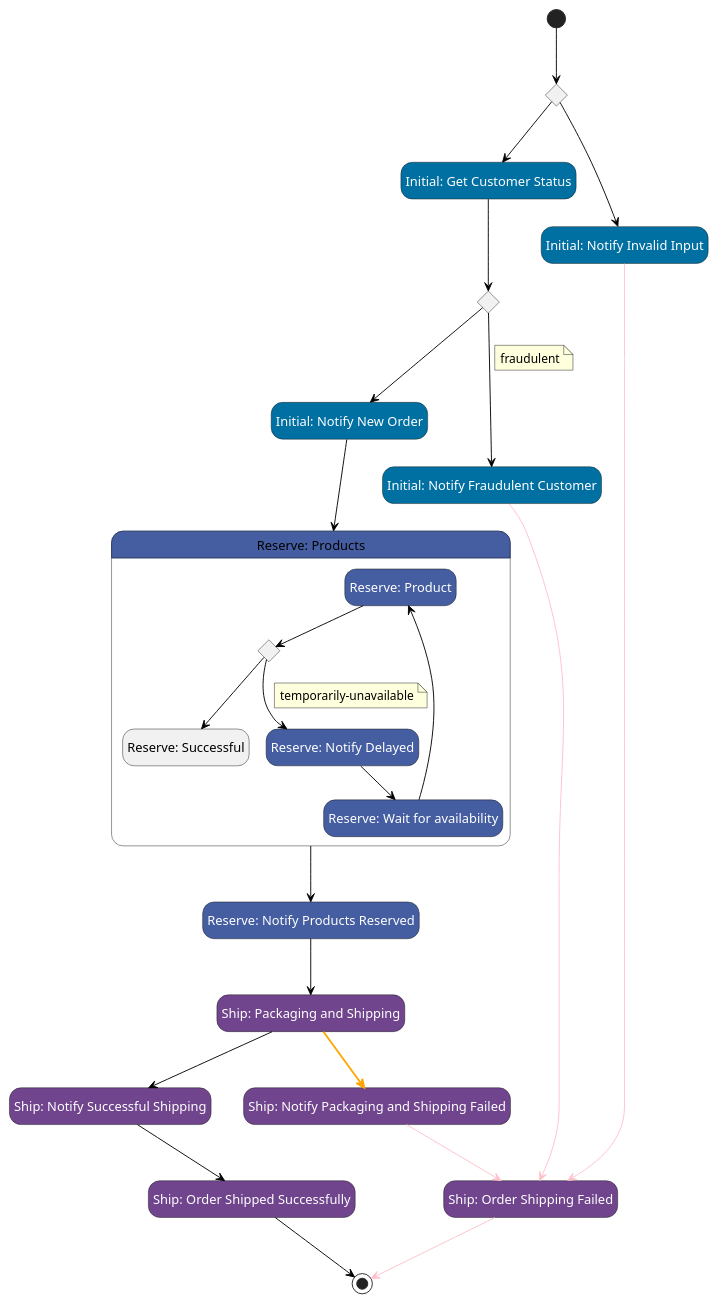
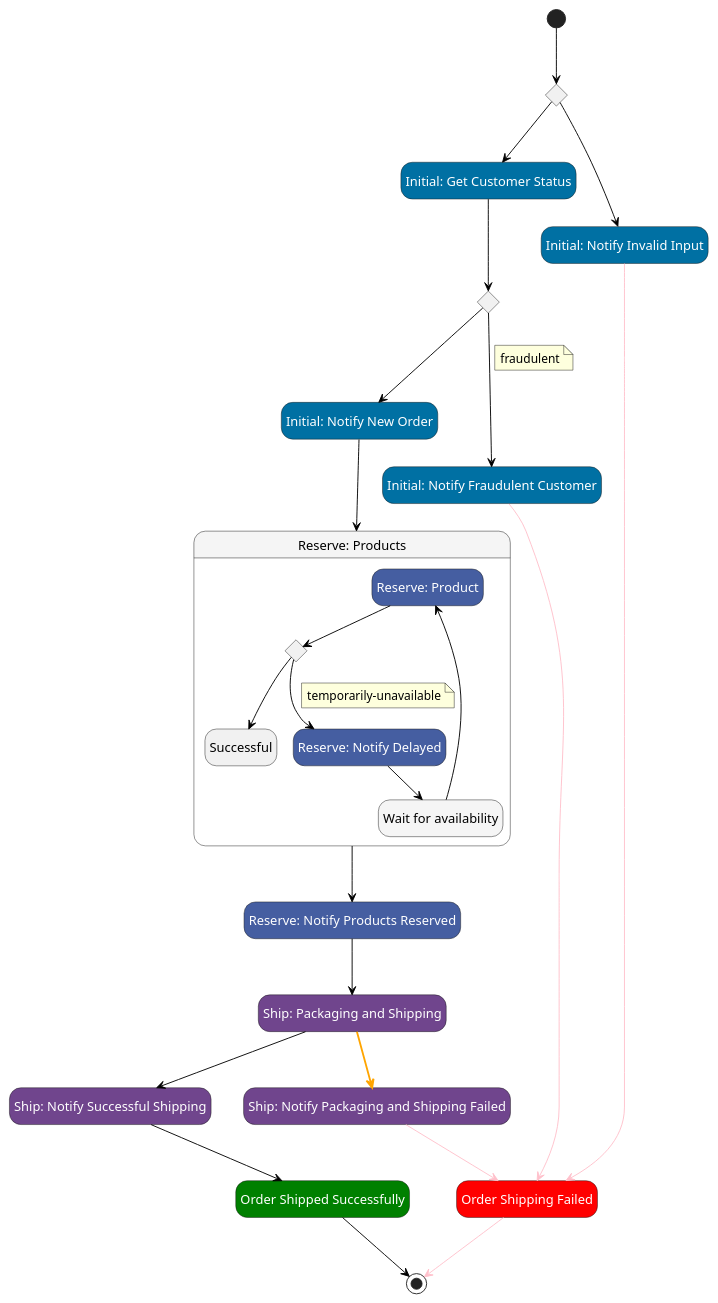
The diagram in src/__tests__/pumls/aws-example-ship-order.asl.puml (massfords/asl-puml), drawn with PlantUML before and after one commit. The commit also changed 4 other files, not shown here.

```diff
--- a/src/__tests__/pumls/aws-example-ship-order.asl.puml
+++ b/src/__tests__/pumls/aws-example-ship-order.asl.puml
@@ -1,77 +1,77 @@
 @startuml
 hide empty description
 skinparam ArrowColor #black
 skinparam state {
 
     BackgroundColor<<Choice>> #whitesmoke
     FontColor<<Choice>> automatic
 
     BackgroundColor<<aslFail>> #red
     FontColor<<aslFail>> automatic
 
     BackgroundColor<<aslMap>> #whitesmoke
 
     BackgroundColor<<aslSucceed>> #green
     FontColor<<aslSucceed>> automatic
 
     BackgroundColor<<aslTask>> #lightblue
     FontColor<<aslTask>> automatic
 
     BackgroundColor<<aslWait>> #whitesmoke
     FontColor<<aslWait>> automatic
     BackgroundColor<<Compensate>> #orange
     FontColor<<CustomStyle0>> automatic
     BackgroundColor<<CustomStyle0>> #0070a3
     FontColor<<CustomStyle1>> automatic
     BackgroundColor<<CustomStyle1>> #455ea1
     FontColor<<CustomStyle2>> automatic
     BackgroundColor<<CustomStyle2>> #70458d
 }
 state "Initial: Validate Input" as state1<<Choice>>
 state "Initial: Get Customer Status" as state2<<CustomStyle0>>
-state "Initial: Do Fraud Check" as state3<<Choice>>
+state "Do Fraud Check" as state3<<Choice>>
 state "Initial: Notify New Order" as state4<<CustomStyle0>>
-state "Reserve: Products" as state5<<CustomStyle1>> {
+state "Reserve: Products" as state5<<aslMap>> {
 state "Reserve: Product" as state14<<CustomStyle1>>
 state "Choice" as state15<<Choice>>
-state "Reserve: Successful" as state16<<aslSucceedLocal>>
+state "Successful" as state16<<aslSucceedLocal>>
 state "Reserve: Notify Delayed" as state17<<CustomStyle1>>
-state "Reserve: Wait for availability" as state18<<CustomStyle1>>
+state "Wait for availability" as state18<<aslWait>>
 }
 state "Reserve: Notify Products Reserved" as state6<<CustomStyle1>>
 state "Ship: Packaging and Shipping" as state7<<CustomStyle2>>
 state "Ship: Notify Successful Shipping" as state8<<CustomStyle2>>
 state "Ship: Notify Packaging and Shipping Failed" as state9<<CustomStyle2>>
 state "Initial: Notify Fraudulent Customer" as state10<<CustomStyle0>>
-state "Ship: Order Shipping Failed" as state11<<CustomStyle2>>
-state "Ship: Order Shipped Successfully" as state12<<CustomStyle2>>
+state "Order Shipping Failed" as state11<<aslFail>>
+state "Order Shipped Successfully" as state12<<aslSucceed>>
 state "Initial: Notify Invalid Input" as state13<<CustomStyle0>>
 [*] --> state1
 state1 --> state13
 state1 --> state2
 state2 --> state3
 state3 --> state10
 note on link
 fraudulent
 end note
 state3 --> state4
 state4 --> state5
 state5 --> state6
 state6 --> state7
 state7 --> state8
 state7 -[bold,#orange]-> state9
 state8 --> state12
 state9 -[#pink]-> state11
 state10 -[#pink]-> state11
 state11 -[#pink]-> [*]
 state12 --> [*]
 state13 -[#pink]-> state11
 state14 --> state15
 state15 --> state17
 note on link
 temporarily-unavailable
 end note
 state15 --> state16
 state17 --> state18
 state18 --> state14
 @enduml
```
